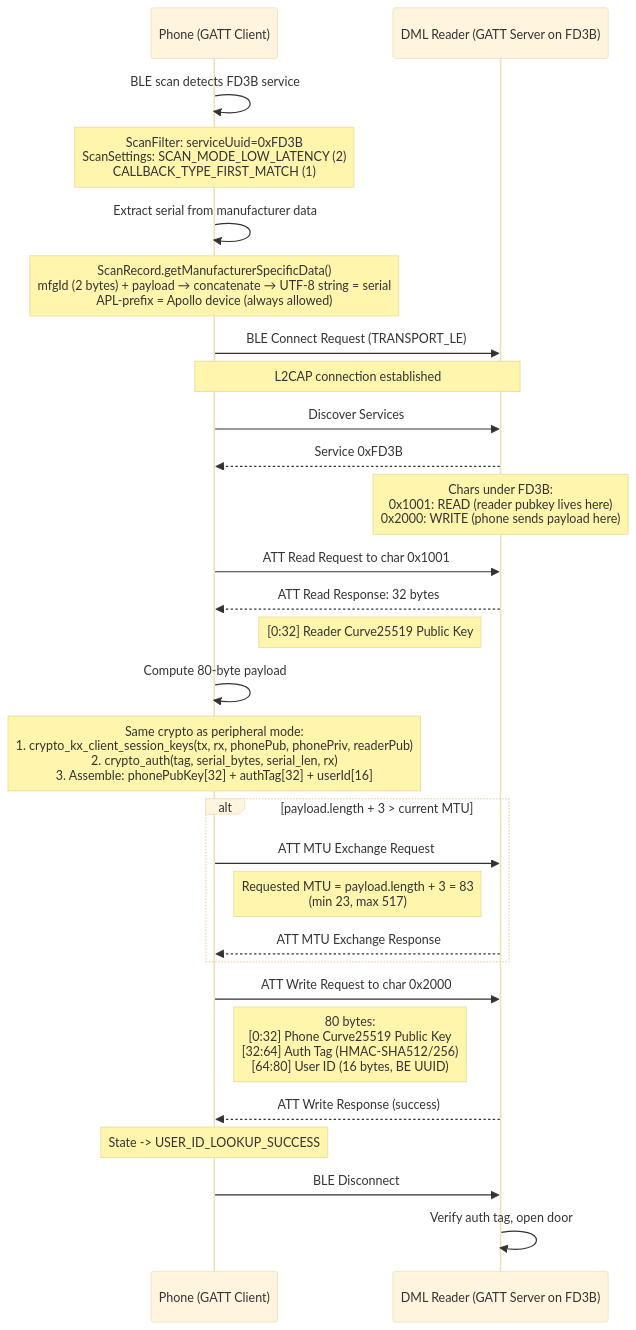
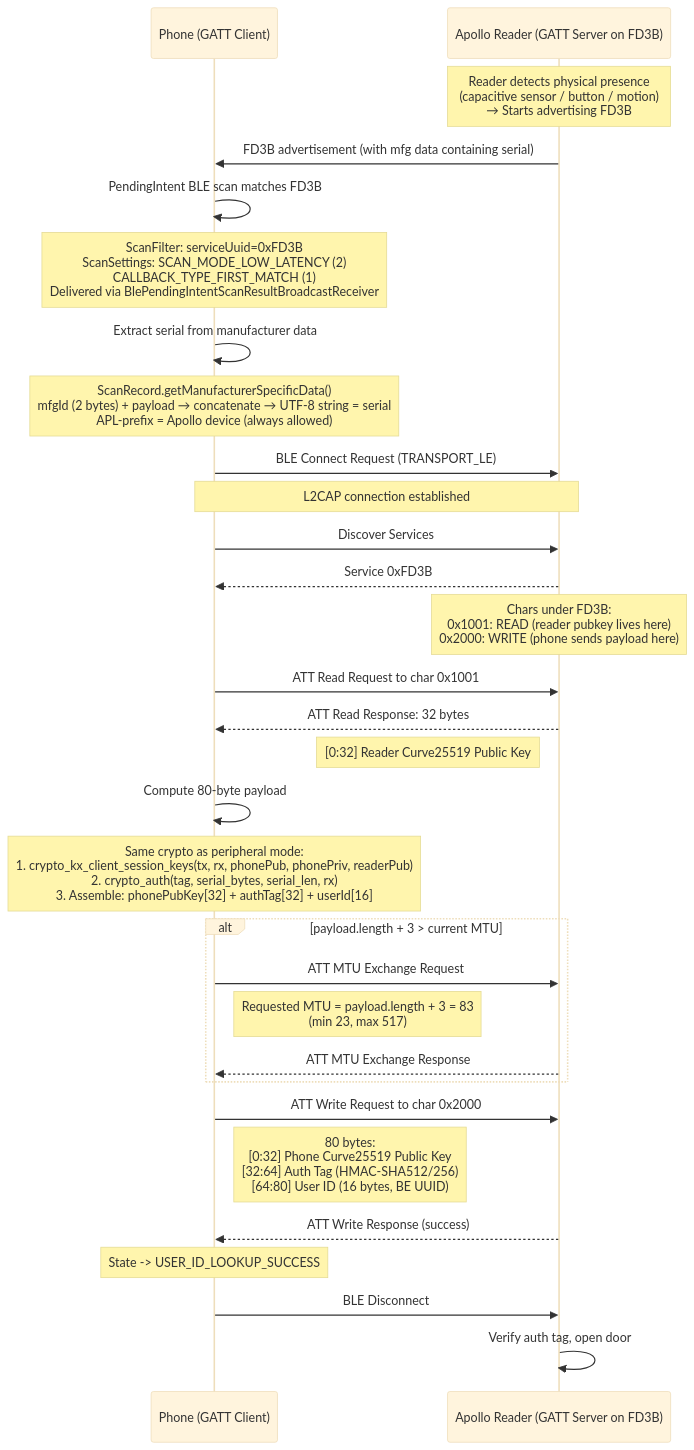
The fifth of 7 diagrams in verkada-pass-ble-flow-diagram.md (Woyken/verkada-pass-experiment), drawn with Mermaid (base theme) before and after one commit. The commit also changed other lines of this file, not shown here.

First line of the commit message:
docs: add full proximity trigger explanation diagram

````diff
--- a/verkada-pass-ble-flow-diagram.md
+++ b/verkada-pass-ble-flow-diagram.md
@@ -160,40 +281,44 @@
 ```mermaid
 sequenceDiagram
     participant Phone as Phone (GATT Client)
-    participant Reader as DML Reader (GATT Server on FD3B)
+    participant Reader as Apollo Reader (GATT Server on FD3B)
 
-    Phone->>Phone: BLE scan detects FD3B service
-    Note over Phone: ScanFilter: serviceUuid=0xFD3B<br/>ScanSettings: SCAN_MODE_LOW_LATENCY (2)<br/>CALLBACK_TYPE_FIRST_MATCH (1)
+    Note over Reader: Reader detects physical presence<br/>(capacitive sensor / button / motion)<br/>→ Starts advertising FD3B
+
+    Reader->>Phone: FD3B advertisement (with mfg data containing serial)
+
+    Phone->>Phone: PendingIntent BLE scan matches FD3B
+    Note over Phone: ScanFilter: serviceUuid=0xFD3B<br/>ScanSettings: SCAN_MODE_LOW_LATENCY (2)<br/>CALLBACK_TYPE_FIRST_MATCH (1)<br/>Delivered via BlePendingIntentScanResultBroadcastReceiver
 
     Phone->>Phone: Extract serial from manufacturer data
     Note over Phone: ScanRecord.getManufacturerSpecificData()<br/>mfgId (2 bytes) + payload → concatenate → UTF-8 string = serial<br/>APL-prefix = Apollo device (always allowed)
 
     Phone->>Reader: BLE Connect Request (TRANSPORT_LE)
     Note over Phone, Reader: L2CAP connection established
 
     Phone->>Reader: Discover Services
     Reader-->>Phone: Service 0xFD3B
     Note over Reader: Chars under FD3B:<br/>0x1001: READ (reader pubkey lives here)<br/>0x2000: WRITE (phone sends payload here)
 
     Phone->>Reader: ATT Read Request to char 0x1001
     Reader-->>Phone: ATT Read Response: 32 bytes
     Note left of Reader: [0:32] Reader Curve25519 Public Key
 
     Phone->>Phone: Compute 80-byte payload
     Note over Phone: Same crypto as peripheral mode:<br/>1. crypto_kx_client_session_keys(tx, rx, phonePub, phonePriv, readerPub)<br/>2. crypto_auth(tag, serial_bytes, serial_len, rx)<br/>3. Assemble: phonePubKey[32] + authTag[32] + userId[16]
 
     alt payload.length + 3 > current MTU
         Phone->>Reader: ATT MTU Exchange Request
         Note right of Phone: Requested MTU = payload.length + 3 = 83<br/>(min 23, max 517)
         Reader-->>Phone: ATT MTU Exchange Response
     end
 
     Phone->>Reader: ATT Write Request to char 0x2000
     Note right of Phone: 80 bytes:<br/>[0:32]  Phone Curve25519 Public Key<br/>[32:64] Auth Tag (HMAC-SHA512/256)<br/>[64:80] User ID (16 bytes, BE UUID)
     Reader-->>Phone: ATT Write Response (success)
 
     Note over Phone: State -> USER_ID_LOOKUP_SUCCESS
     Phone->>Reader: BLE Disconnect
 
     Reader->>Reader: Verify auth tag, open door
 ```
````
